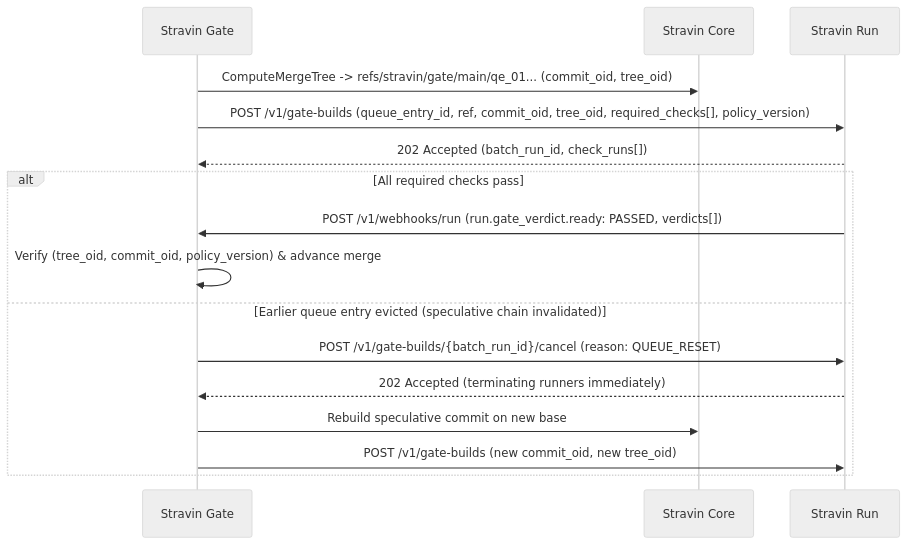
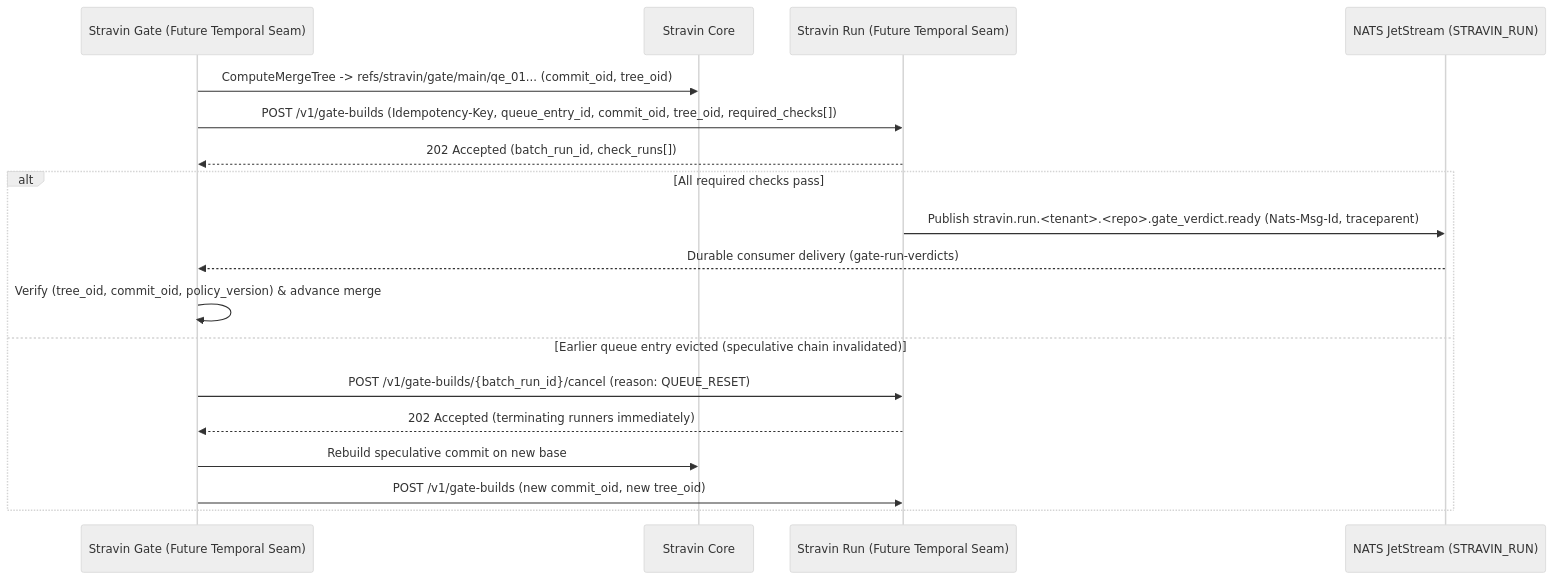
Before and after one commit to stravin-dev/architecture: the diagram in docs/interfaces/run-gate.md, drawn with Mermaid (neutral theme). The commit also changed other lines of this file and 13 other files, not shown here.

Commit message:
docs: add ADR-0001 (Cilium, NATS JetStream, External Webhooks, Temporal seam) and update interface contracts

````diff
--- a/docs/interfaces/run-gate.md
+++ b/docs/interfaces/run-gate.md
@@ -17,20 +17,22 @@
 ```mermaid
 sequenceDiagram
-    participant Gate as Stravin Gate
+    participant Gate as Stravin Gate (Future Temporal Seam)
     participant Core as Stravin Core
-    participant Run as Stravin Run
+    participant Run as Stravin Run (Future Temporal Seam)
+    participant NATS as NATS JetStream (STRAVIN_RUN)
 
     Gate->>Core: ComputeMergeTree -> refs/stravin/gate/main/qe_01... (commit_oid, tree_oid)
-    Gate->>Run: POST /v1/gate-builds (queue_entry_id, ref, commit_oid, tree_oid, required_checks[], policy_version)
+    Gate->>Run: POST /v1/gate-builds (Idempotency-Key, queue_entry_id, commit_oid, tree_oid, required_checks[])
     Run-->>Gate: 202 Accepted (batch_run_id, check_runs[])
 
     alt All required checks pass
-        Run->>Gate: POST /v1/webhooks/run (run.gate_verdict.ready: PASSED, verdicts[])
+        Run->>NATS: Publish stravin.run.<tenant>.<repo>.gate_verdict.ready (Nats-Msg-Id, traceparent)
+        NATS-->>Gate: Durable consumer delivery (gate-run-verdicts)
         Gate->>Gate: Verify (tree_oid, commit_oid, policy_version) & advance merge
     else Earlier queue entry evicted (speculative chain invalidated)
         Gate->>Run: POST /v1/gate-builds/{batch_run_id}/cancel (reason: QUEUE_RESET)
         Run-->>Gate: 202 Accepted (terminating runners immediately)
         Gate->>Core: Rebuild speculative commit on new base
         Gate->>Run: POST /v1/gate-builds (new commit_oid, new tree_oid)
     end
 ```
````
